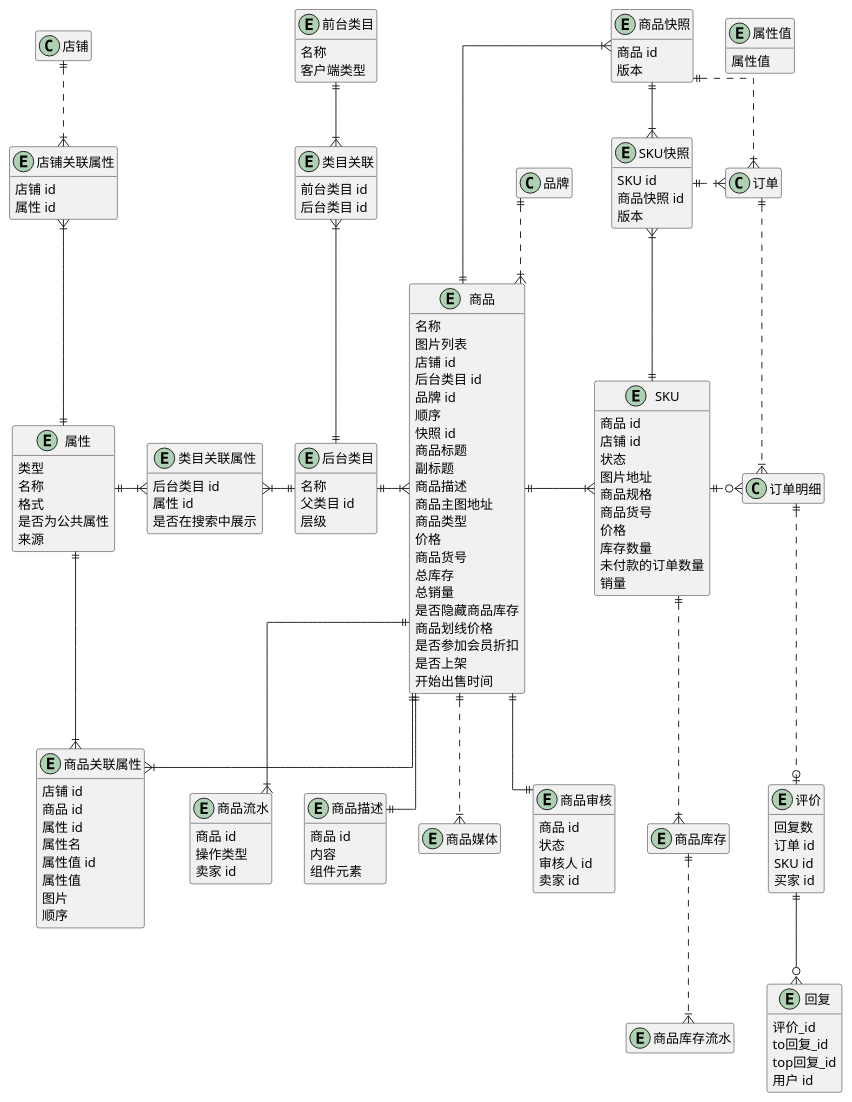
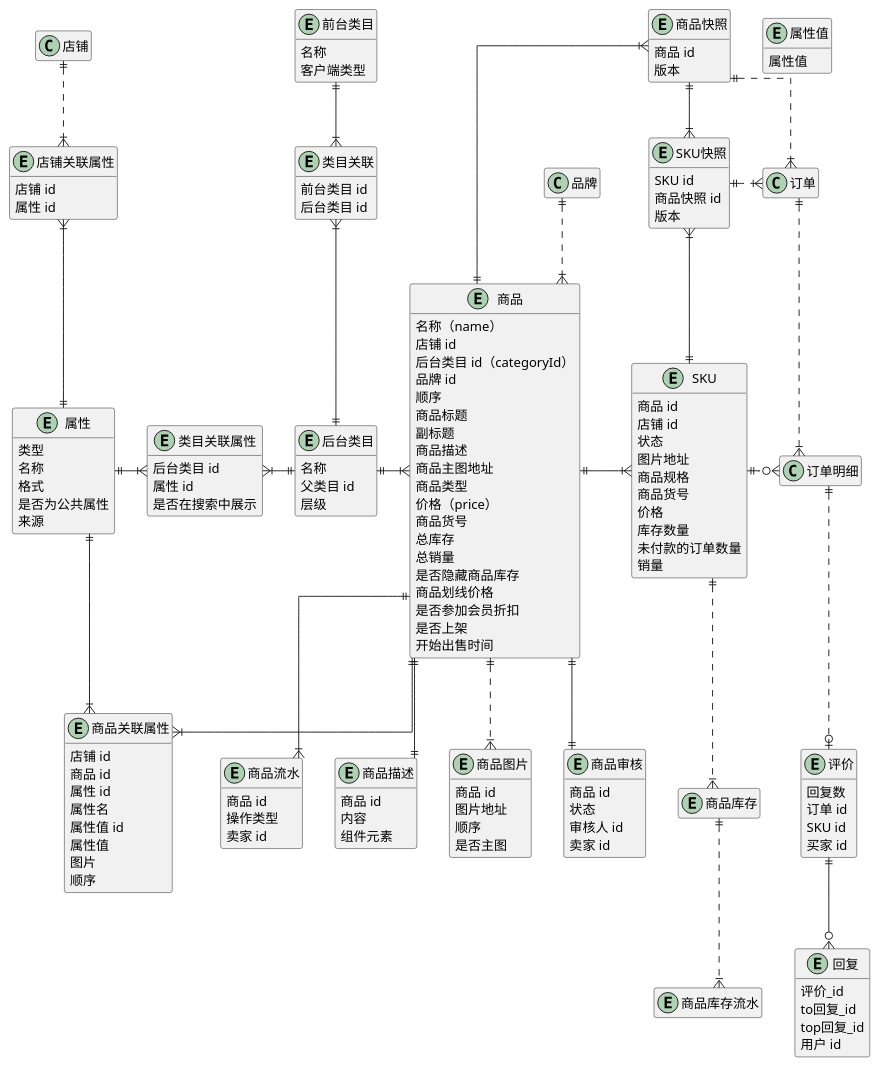
One commit to awesomecat2020/mock-mall changed the diagram in doc/商品.puml. Above: the diagram before and after it, drawn with PlantUML. The commit also changed 21 other files, not shown here.

```diff
--- a/doc/商品.puml
+++ b/doc/商品.puml
@@ -4,13 +4,11 @@
 
 ' ==================== 商品 ====================
 entity 商品 {
-    名称
-    图片列表
+    名称（name）
     店铺 id
-    后台类目 id
+    后台类目 id（categoryId）
     品牌 id
     顺序
-    快照 id
     商品标题
     ' 分享链接时显示
     副标题
@@ -31,7 +29,7 @@
 '   60：虚拟商品（无需物流）
 '   61：电子卡券（无需物流）
     商品类型
-    价格
+    价格（price）
     ' 商家为商品设置的外部编号
     商品货号
     ' 基于 sku 的库存数量累加
@@ -88,8 +86,11 @@
     内容
     组件元素
 }
-entity 商品媒体 {
-    ' 暂不做
+entity 商品图片 {
+    商品 id
+    图片地址
+    顺序
+    是否主图
 }
 
 商品 }|.u.|| 品牌
@@ -99,7 +100,7 @@
 商品 ||--|| 商品审核
 商品 ||--|{ 商品流水
 商品 ||--|| 商品描述
-商品 ||..|{ 商品媒体
+商品 ||..|{ 商品图片
 
 
 ' ==================== 订单 ====================
```
